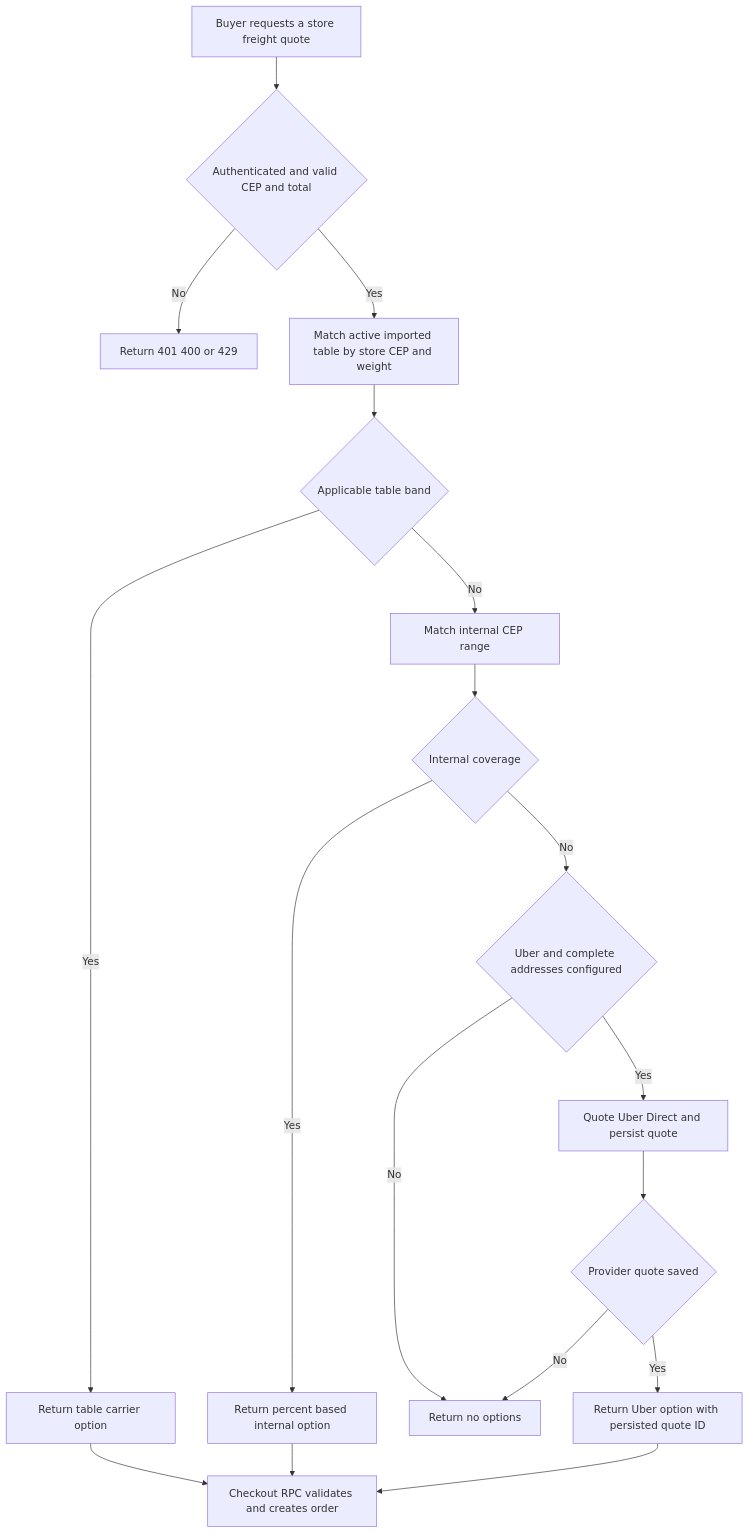
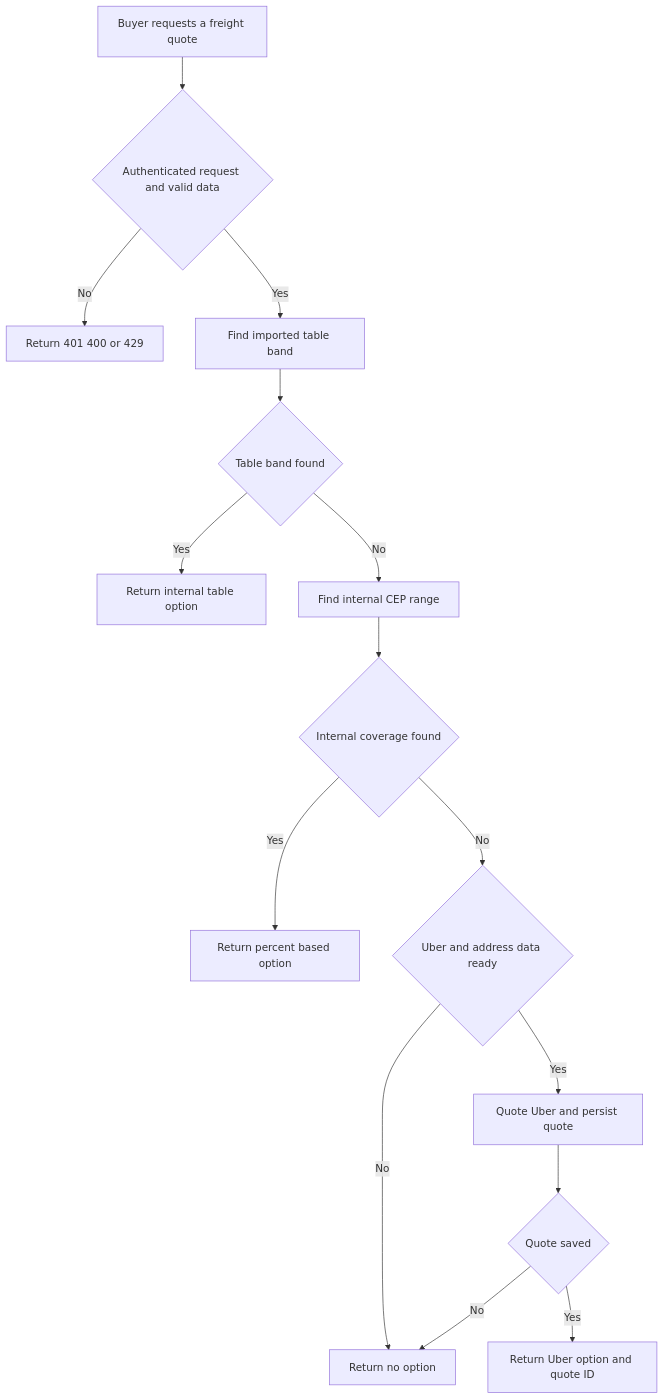
One commit to Schneider-Gr/industria24hIA changed the first of 2 diagrams in openwiki/workflows/fulfillment-and-logistics.md. Above: the diagram before and after it, drawn with Mermaid. The commit also changed other lines of this file and 32 other files, not shown here.

````diff
--- a/openwiki/workflows/fulfillment-and-logistics.md
+++ b/openwiki/workflows/fulfillment-and-logistics.md
@@ -62,20 +75,17 @@
 ```mermaid
 flowchart TD
-    Start["Buyer requests a store freight quote"] --> Valid{"Authenticated and valid CEP and total"}
+    Request["Buyer requests a freight quote"] --> Valid{"Authenticated request and valid data"}
     Valid -- No --> Reject["Return 401 400 or 429"]
-    Valid -- Yes --> Table["Match active imported table by store CEP and weight"]
-    Table --> HasTable{"Applicable table band"}
-    HasTable -- Yes --> InternalTable["Return table carrier option"]
-    HasTable -- No --> Percent["Match internal CEP range"]
-    Percent --> HasInternal{"Internal coverage"}
-    HasInternal -- Yes --> InternalPercent["Return percent based internal option"]
-    HasInternal -- No --> UberReady{"Uber and complete addresses configured"}
-    UberReady -- No --> None["Return no options"]
-    UberReady -- Yes --> UberQuote["Quote Uber Direct and persist quote"]
-    UberQuote --> UberOK{"Provider quote saved"}
-    UberOK -- Yes --> UberOption["Return Uber option with persisted quote ID"]
-    UberOK -- No --> None
-    InternalTable --> Checkout["Checkout RPC validates and creates order"]
-    InternalPercent --> Checkout
-    UberOption --> Checkout
+    Valid -- Yes --> Table["Find imported table band"]
+    Table --> FoundTable{"Table band found"}
+    FoundTable -- Yes --> ReturnTable["Return internal table option"]
+    FoundTable -- No --> Internal["Find internal CEP range"]
+    Internal --> FoundInternal{"Internal coverage found"}
+    FoundInternal -- Yes --> ReturnInternal["Return percent based option"]
+    FoundInternal -- No --> Ready{"Uber and address data ready"}
+    Ready -- No --> Empty["Return no option"]
+    Ready -- Yes --> Quote["Quote Uber and persist quote"]
+    Quote --> Saved{"Quote saved"}
+    Saved -- Yes --> ReturnUber["Return Uber option and quote ID"]
+    Saved -- No --> Empty
 ```
````
